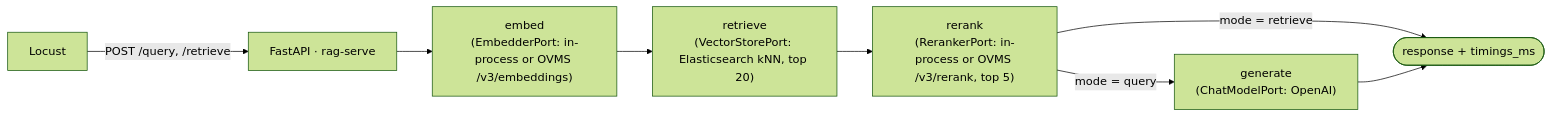
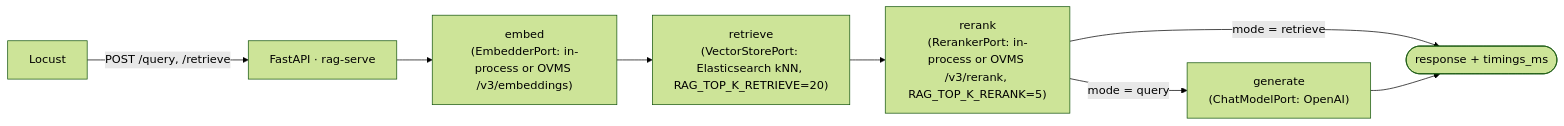
One commit to msobroza/rag_topology_loadtest changed the diagram in README.md. Above: the diagram before and after it, drawn with Mermaid (forest theme). The commit also changed other lines of this file, not shown here.

````diff
--- a/README.md
+++ b/README.md
@@ -23,10 +23,10 @@
 ```mermaid
 flowchart LR
     L[Locust] -->|POST /query, /retrieve| API[FastAPI · rag-serve]
     API --> E["embed<br/>(EmbedderPort: in-process or OVMS /v3/embeddings)"]
-    E --> R["retrieve<br/>(VectorStorePort: Elasticsearch kNN, top 20)"]
-    R --> K["rerank<br/>(RerankerPort: in-process or OVMS /v3/rerank, top 5)"]
+    E --> R["retrieve<br/>(VectorStorePort: Elasticsearch kNN, RAG_TOP_K_RETRIEVE=20)"]
+    R --> K["rerank<br/>(RerankerPort: in-process or OVMS /v3/rerank, RAG_TOP_K_RERANK=5)"]
     K -->|mode = query| G["generate<br/>(ChatModelPort: OpenAI)"]
     K -->|mode = retrieve| Z([response + timings_ms])
     G --> Z
 ```
````
